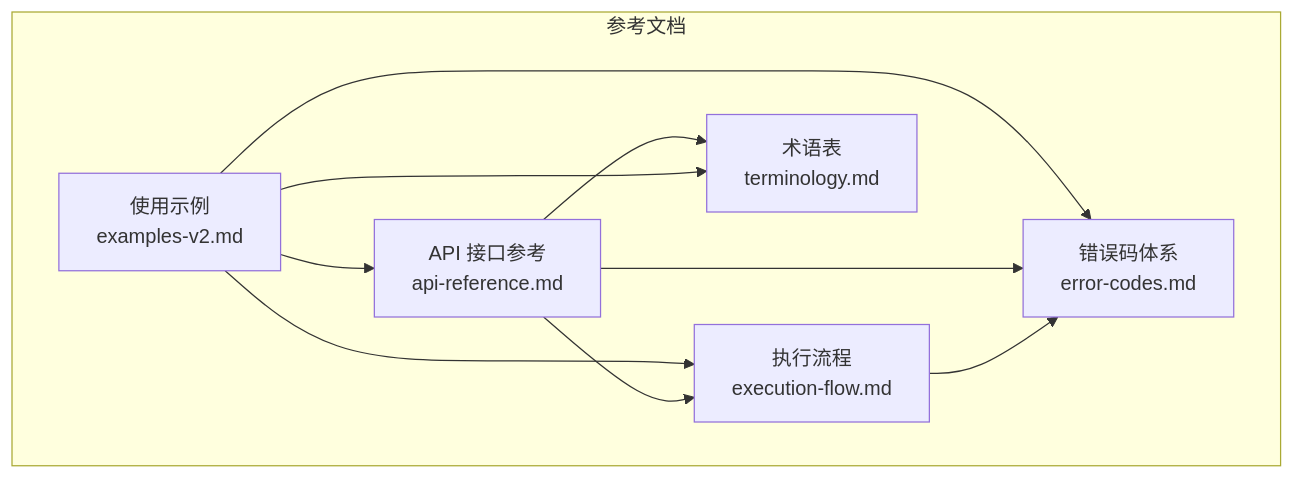
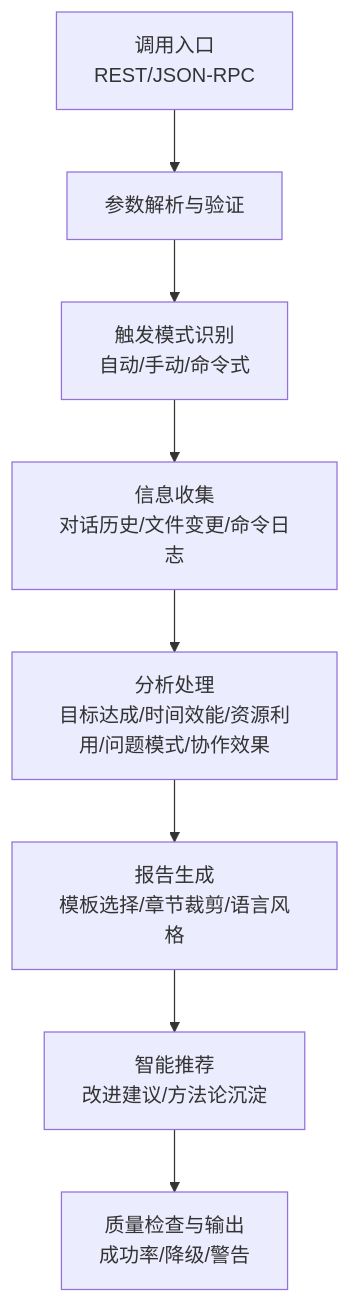
Before and after one commit to daoAgents/task-execution-summary: the first of 4 diagrams in .qoder/repowiki/zh/content/快速开始.md, drawn with Mermaid. The commit also changed other lines of this file and 33 other files, not shown here.

````diff
--- a/.qoder/repowiki/zh/content/快速开始.md
+++ b/.qoder/repowiki/zh/content/快速开始.md
@@ -35,18 +32,10 @@
 ```mermaid
 graph TB
-subgraph "参考文档"
-EX["使用示例<br/>examples-v2.md"]
-API["API 接口参考<br/>api-reference.md"]
-FLOW["执行流程<br/>execution-flow.md"]
-ERR["错误码体系<br/>error-codes.md"]
-TERM["术语表<br/>terminology.md"]
-end
-EX --> API
-EX --> FLOW
-EX --> ERR
-API --> FLOW
-API --> ERR
-FLOW --> ERR
-API --> TERM
-EX --> TERM
+A["调用入口<br/>REST/JSON-RPC"] --> B["参数解析与验证"]
+B --> C["触发模式识别<br/>自动/手动/命令式"]
+C --> D["信息收集<br/>对话历史/文件变更/命令日志"]
+D --> E["分析处理<br/>目标达成/时间效能/资源利用/问题模式/协作效果"]
+E --> F["报告生成<br/>模板选择/章节裁剪/语言风格"]
+F --> G["智能推荐<br/>改进建议/方法论沉淀"]
+G --> H["质量检查与输出<br/>成功率/降级/警告"]
 ```
````
